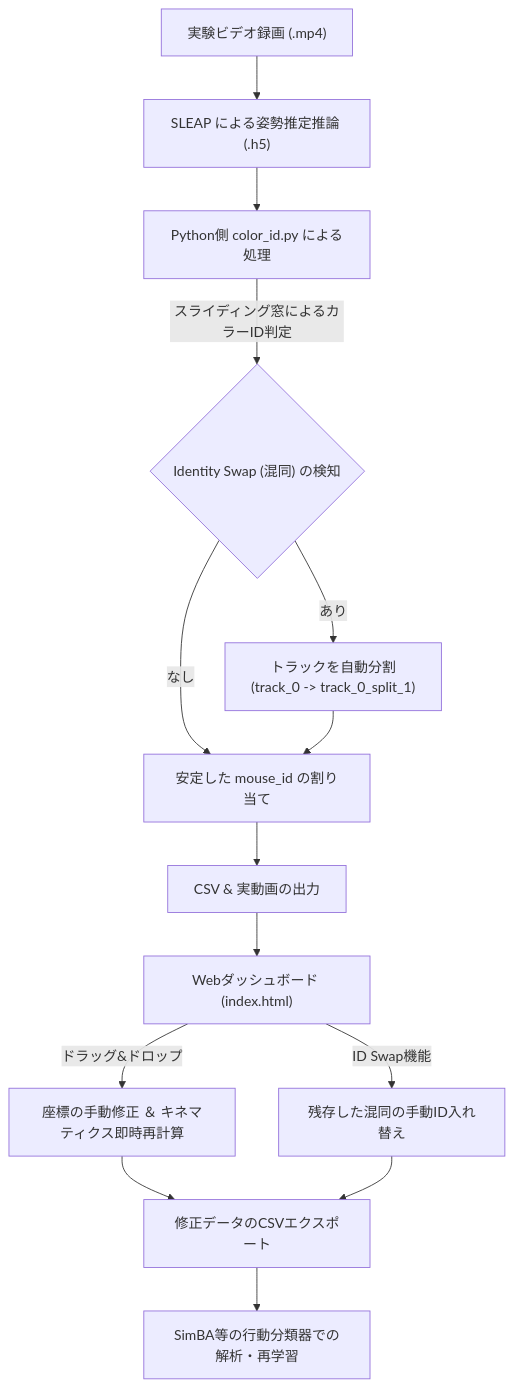
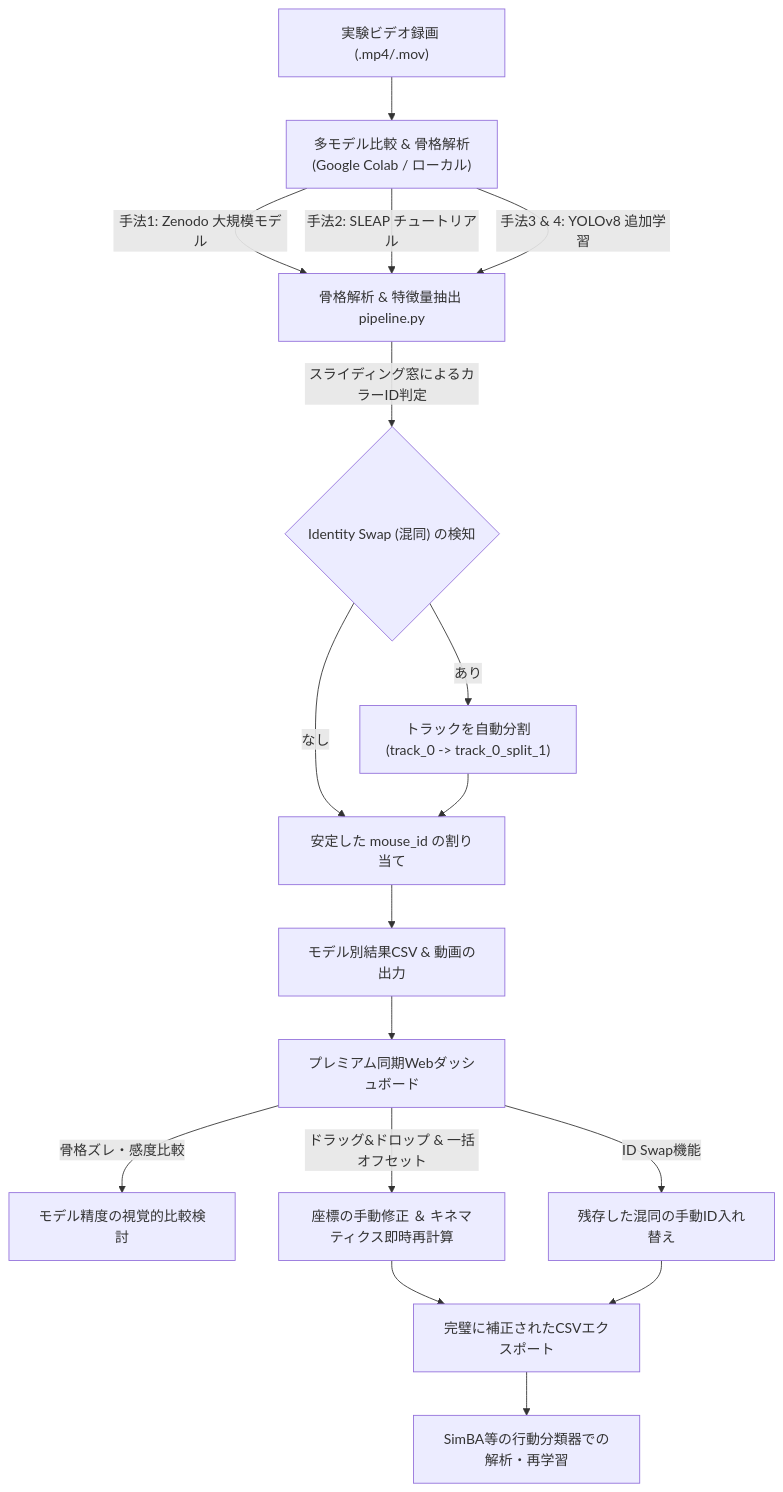
The diagram in README.md (saruko/Scratching-behavior), drawn with Mermaid before and after one commit. The commit also changed other lines of this file and 19 other files, not shown here.

First line of the commit message:
Add one-button local/Colab setup and switch default engine to YOLOv8

````diff
--- a/README.md
+++ b/README.md
@@ -13,16 +15,19 @@
 ```mermaid
 graph TD
-    A["実験ビデオ録画 (.mp4)"] --> B["SLEAP による姿勢推定推論 (.h5)"]
-    B --> C["Python側 color_id.py による処理"]
+    A["実験ビデオ録画 (.mp4/.mov)"] --> B["多モデル比較 & 骨格解析<br>(Google Colab / ローカル)"]
+    B -->|手法1: Zenodo 大規模モデル| C["骨格解析 & 特徴量抽出 pipeline.py"]
+    B -->|手法2: SLEAP チュートリアル| C
+    B -->|手法3 & 4: YOLOv8 追加学習| C
     C -->|スライディング窓によるカラーID判定| D{"Identity Swap (混同) の検知"}
     D -->|あり| E["トラックを自動分割<br>(track_0 -> track_0_split_1)"]
     D -->|なし| F["安定した mouse_id の割り当て"]
     E --> F
-    F --> G["CSV & 実動画の出力"]
-    G --> H["Webダッシュボード (index.html)"]
-    H -->|ドラッグ&ドロップ| I["座標の手動修正 ＆ キネマティクス即時再計算"]
-    H -->|ID Swap機能| J["残存した混同の手動ID入れ替え"]
-    I --> K["修正データのCSVエクスポート"]
-    J --> K
-    K --> L["SimBA等の行動分類器での解析・再学習"]
+    F --> G["モデル別結果CSV & 動画の出力"]
+    G --> H["プレミアム同期Webダッシュボード"]
+    H -->|骨格ズレ・感度比較| I["モデル精度の視覚的比較検討"]
+    H -->|ドラッグ&ドロップ & 一括オフセット| J["座標の手動修正 ＆ キネマティクス即時再計算"]
+    H -->|ID Swap機能| K["残存した混同の手動ID入れ替え"]
+    J --> L["完璧に補正されたCSVエクスポート"]
+    K --> L
+    L --> M["SimBA等の行動分類器での解析・再学習"]
 ```
````
